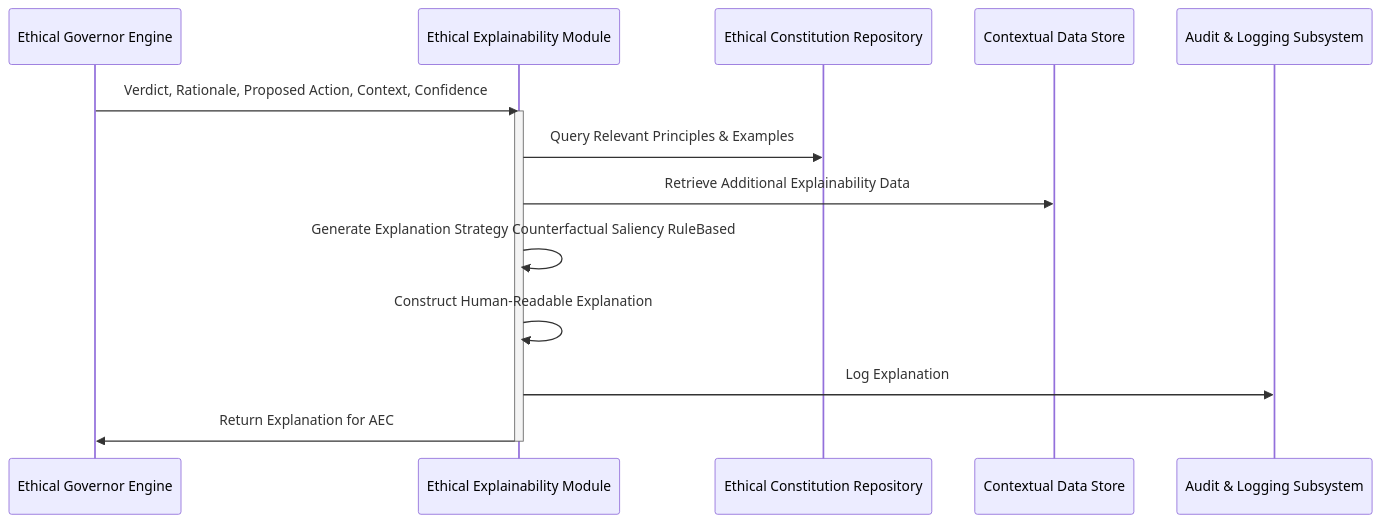
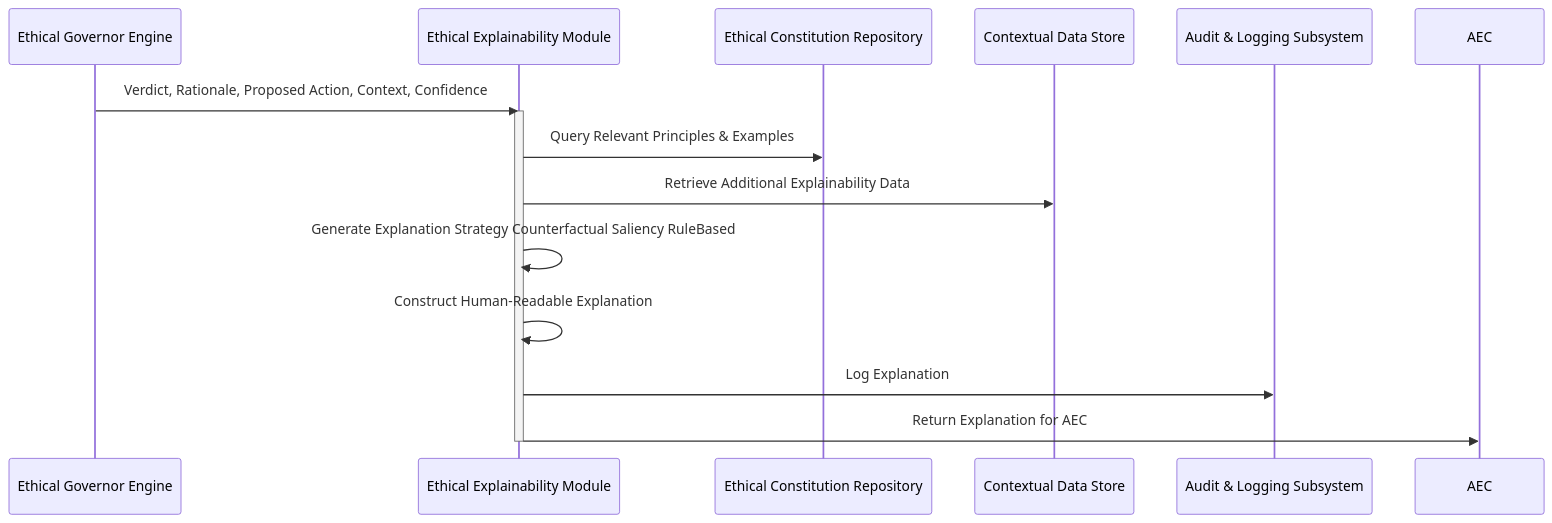
Before and after one commit to diplomat-bit/Citibank_Demo_Business_Inc_Demonstration-: the fourth of 10 diagrams in inventions/026_ethical_governor_for_ai_systems.md, drawn with Mermaid. The commit also changed other lines of this file, not shown here.

````diff
--- a/inventions/026_ethical_governor_for_ai_systems.md
+++ b/inventions/026_ethical_governor_for_ai_systems.md
@@ -305,18 +321,18 @@
 ```mermaid
 sequenceDiagram
     participant EGE as Ethical Governor Engine
     participant EEM as Ethical Explainability Module
     participant ECR as Ethical Constitution Repository
     participant Context as Contextual Data Store
     participant ALS as Audit & Logging Subsystem
 
     EGE->>EEM: Verdict, Rationale, Proposed Action, Context, Confidence
     activate EEM
     EEM->>ECR: Query Relevant Principles & Examples
     EEM->>Context: Retrieve Additional Explainability Data
     EEM->>EEM: Generate Explanation Strategy Counterfactual Saliency RuleBased
     EEM->>EEM: Construct Human-Readable Explanation
     EEM->>ALS: Log Explanation
-    EEM->>EGE: Return Explanation for AEC
+    EEM->>AEC: Return Explanation for AEC
     deactivate EEM
 ```
````
